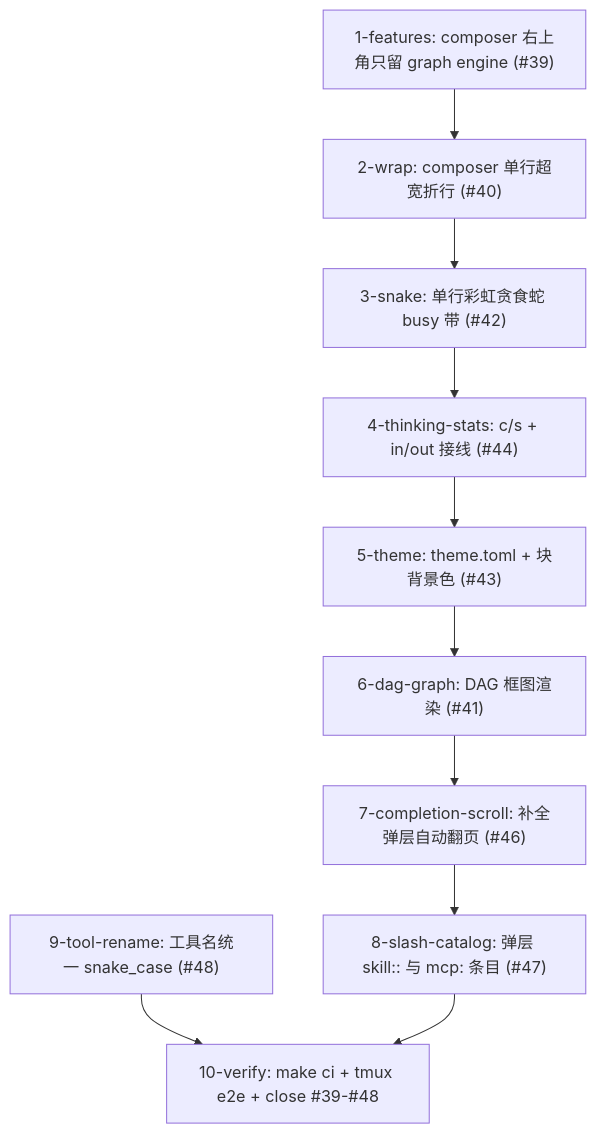
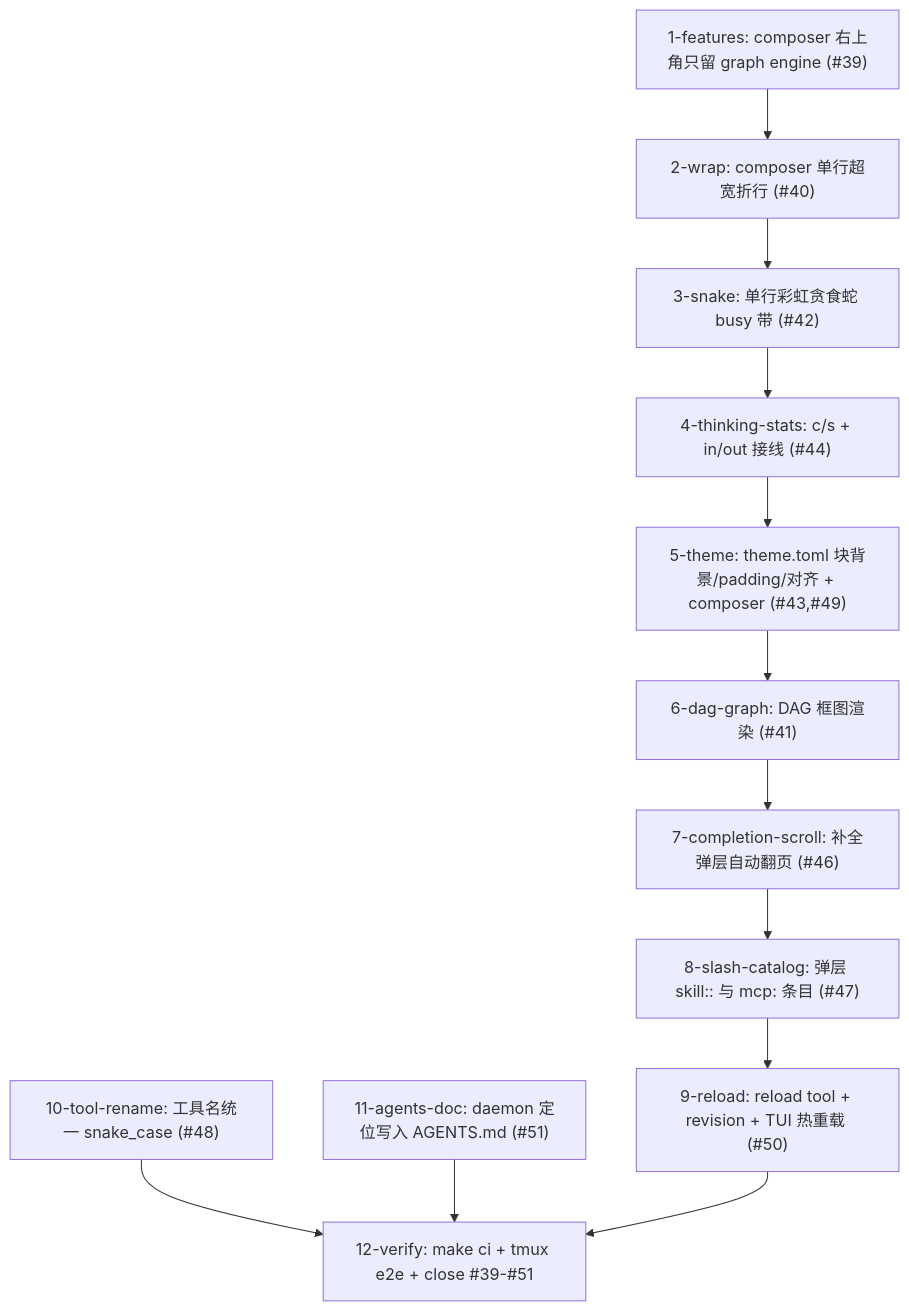
One commit to ptlzc/theway changed the diagram in openspec/changes/tui-batch-polish/tasks.md. Above: the diagram before and after it, drawn with Mermaid. The commit also changed other lines of this file and 1 other file, not shown here.

Commit message:
docs(#49,#50,#51): theme 扩展（padding/对齐/composer）+ reload 工具 + daemon 定位入列

````diff
--- a/openspec/changes/tui-batch-polish/tasks.md
+++ b/openspec/changes/tui-batch-polish/tasks.md
@@ -3,12 +3,14 @@
 ```mermaid
 graph TD
   A["1-features: composer 右上角只留 graph engine (#39)"] --> B["2-wrap: composer 单行超宽折行 (#40)"]
   B --> C["3-snake: 单行彩虹贪食蛇 busy 带 (#42)"]
   C --> D["4-thinking-stats: c/s + in/out 接线 (#44)"]
-  D --> E["5-theme: theme.toml + 块背景色 (#43)"]
+  D --> E["5-theme: theme.toml 块背景/padding/对齐 + composer (#43,#49)"]
   E --> F["6-dag-graph: DAG 框图渲染 (#41)"]
   F --> G["7-completion-scroll: 补全弹层自动翻页 (#46)"]
   G --> H["8-slash-catalog: 弹层 skill:: 与 mcp: 条目 (#47)"]
-  I["9-tool-rename: 工具名统一 snake_case (#48)"] --> J["10-verify"]
-  H --> J["10-verify: make ci + tmux e2e + close #39-#48"]
+  H --> I["9-reload: reload tool + revision + TUI 热重载 (#50)"]
+  J["10-tool-rename: 工具名统一 snake_case (#48)"] --> L["12-verify"]
+  K["11-agents-doc: daemon 定位写入 AGENTS.md (#51)"] --> L["12-verify"]
+  I --> L["12-verify: make ci + tmux e2e + close #39-#51"]
 ```
````
